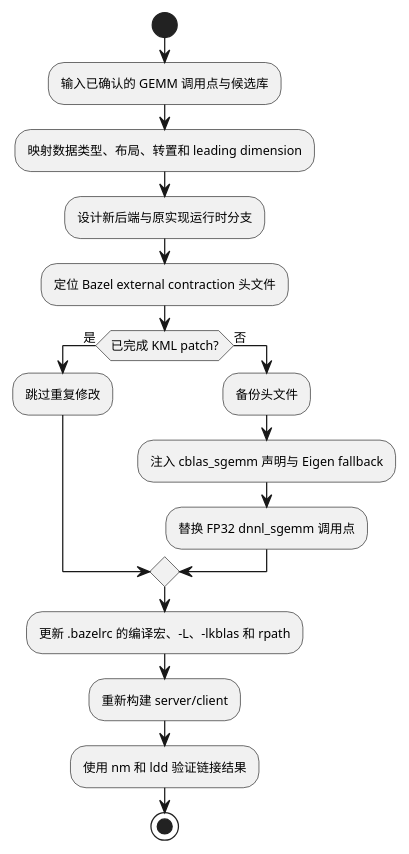
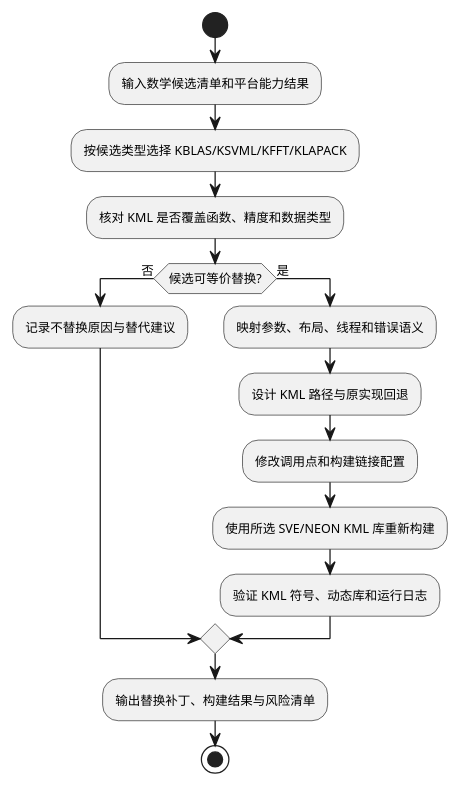
Before and after one commit to wlmnzf40/kblas-gemm-tuning: the fifth of 6 diagrams in references/detailed-design.md, drawn with PlantUML. The commit also changed other lines of this file, not shown here.

````diff
--- a/references/detailed-design.md
+++ b/references/detailed-design.md
@@ -330,22 +327,21 @@
 ```plantuml
 @startuml
 skinparam defaultFontName "Microsoft YaHei"
 skinparam defaultFontSize 10
 start
-:输入已确认的 GEMM 调用点与候选库;
-:映射数据类型、布局、转置和 leading dimension;
-:设计新后端与原实现运行时分支;
-:定位 Bazel external contraction 头文件;
-if (已完成 KML patch?) then (是)
-  :跳过重复修改;
-else (否)
-  :备份头文件;
-  :注入 cblas_sgemm 声明与 Eigen fallback;
-  :替换 FP32 dnnl_sgemm 调用点;
+:输入数学候选清单和平台能力结果;
+:按候选类型选择 KBLAS/KSVML/KFFT/KLAPACK;
+:核对 KML 是否覆盖函数、精度和数据类型;
+if (候选可等价替换?) then (否)
+  :记录不替换原因与替代建议;
+else (是)
+  :映射参数、布局、线程和错误语义;
+  :设计 KML 路径与原实现回退;
+  :修改调用点和构建链接配置;
+  :使用所选 SVE/NEON KML 库重新构建;
+  :验证 KML 符号、动态库和运行日志;
 endif
-:更新 .bazelrc 的编译宏、-L、-lkblas 和 rpath;
-:重新构建 server/client;
-:使用 nm 和 ldd 验证链接结果;
+:输出替换补丁、构建结果与风险清单;
 stop
 @enduml
 ```
````
